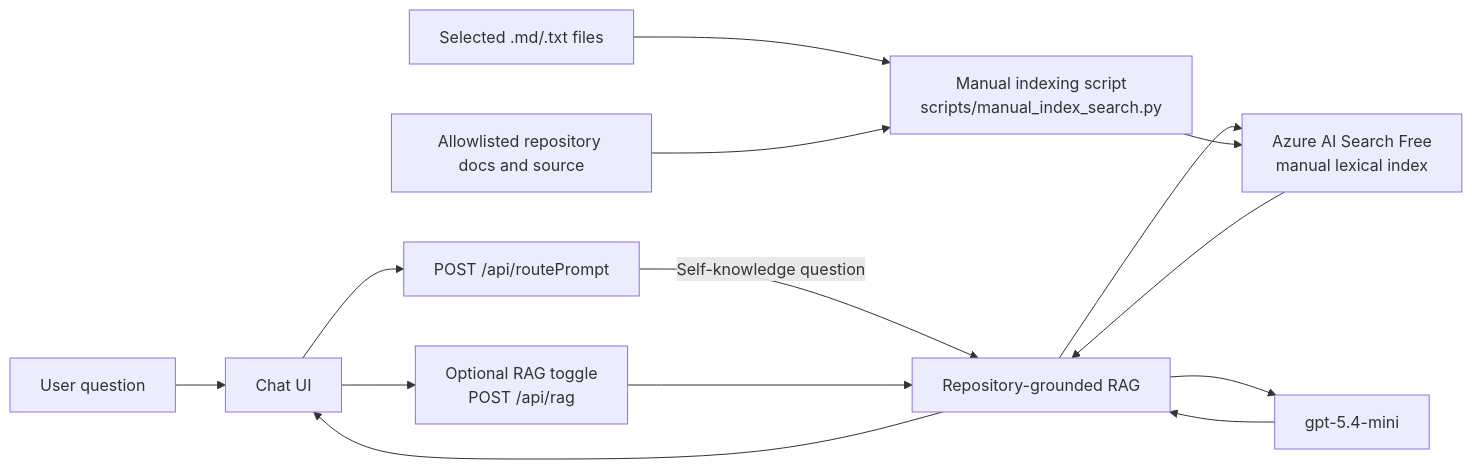
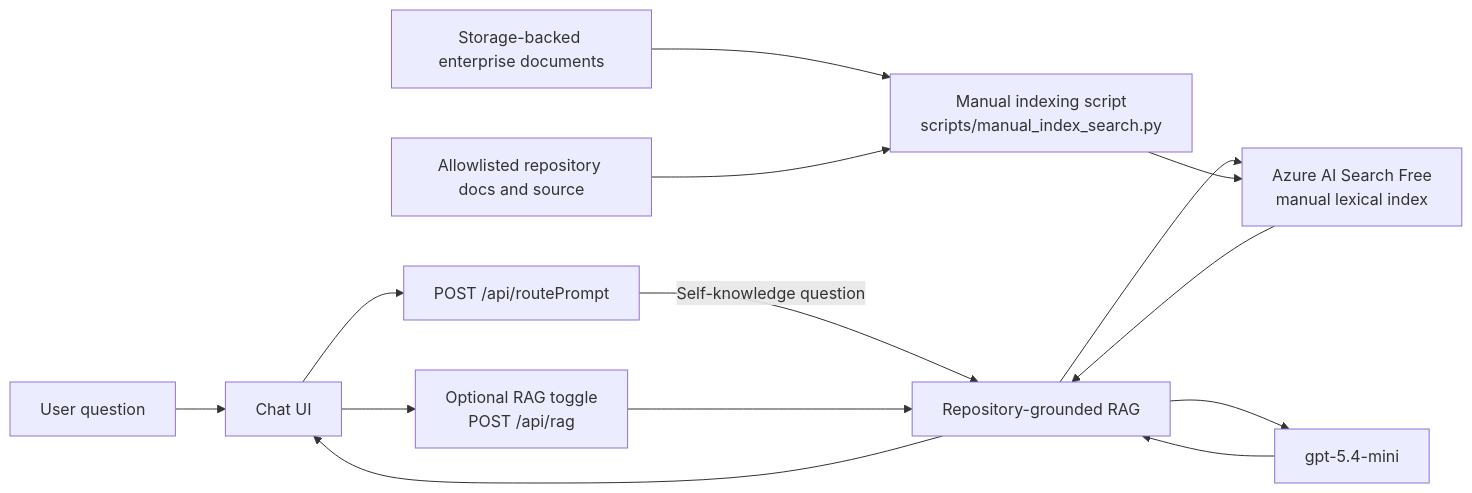
One commit to dilgamme/ms-tech-demo1 changed the fourth of 5 diagrams in SOLUTION_ARCHITECTURE.md. Above: the diagram before and after it, drawn with Mermaid. The commit also changed other lines of this file and 7 other files, not shown here.

````diff
--- a/SOLUTION_ARCHITECTURE.md
+++ b/SOLUTION_ARCHITECTURE.md
@@ -380,16 +380,16 @@
 ```mermaid
 flowchart LR
     User[User question] --> UI[Chat UI]
     UI --> Explicit[Optional RAG toggle<br/>POST /api/rag]
     UI --> Router[POST /api/routePrompt]
     Router -->|Self-knowledge question| API[Repository-grounded RAG]
     Explicit --> API
     API --> Search[Azure AI Search Free<br/>manual lexical index]
     Manual[Manual indexing script<br/>scripts/manual_index_search.py] --> Search
-    Docs[Selected .md/.txt files] --> Manual
+    Docs[Storage-backed enterprise documents] --> Manual
     Repo[Allowlisted repository docs and source] --> Manual
     Search --> API
     API --> Mini[gpt-5.4-mini]
     Mini --> API
     API --> UI
 ```
````
